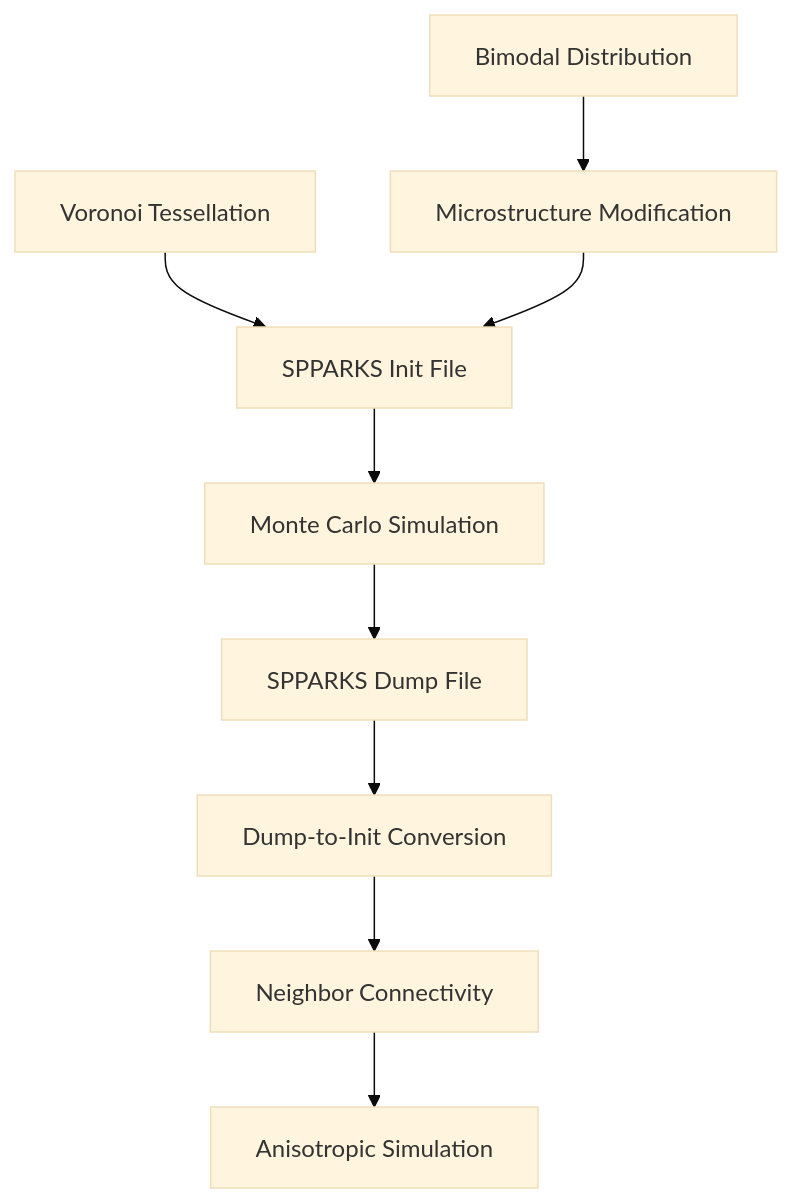
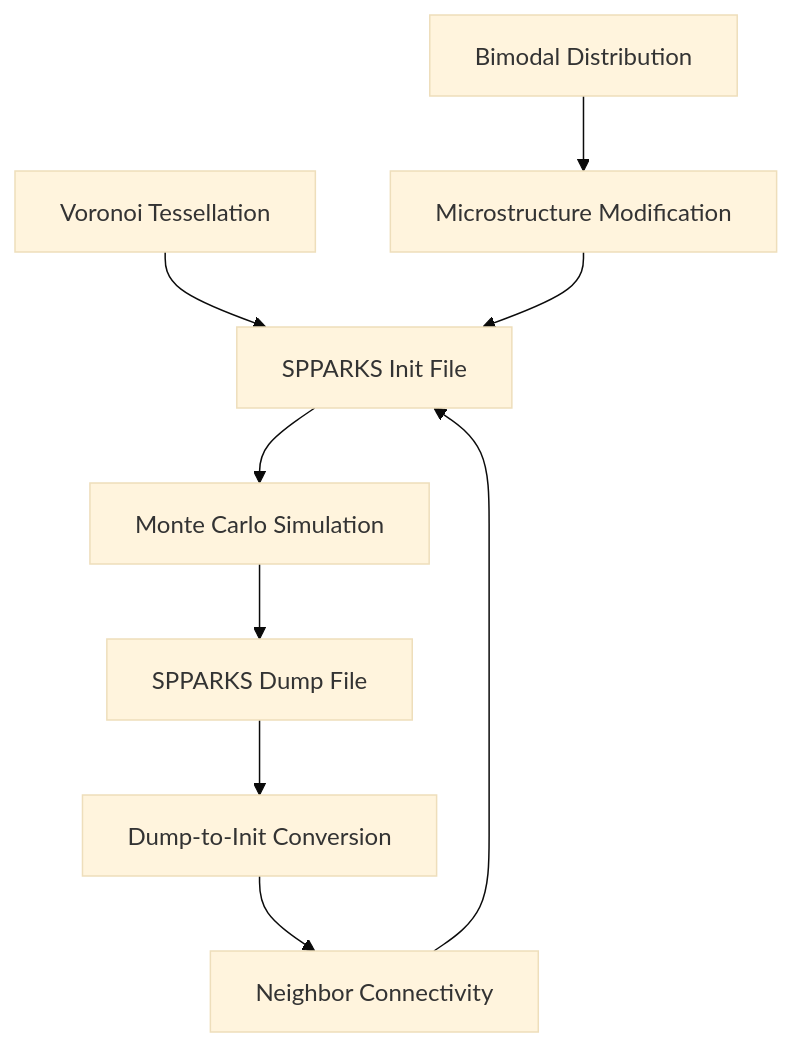
One commit to Linwitness/VECTOR changed the diagram in examples/dump_to_init/README.md. Above: the diagram before and after it, drawn with Mermaid (base theme). The commit also changed 3 other files, not shown here.

````diff
--- a/examples/dump_to_init/README.md
+++ b/examples/dump_to_init/README.md
@@ -23,12 +23,12 @@
 ```mermaid
 graph TD
     A[Voronoi Tessellation] --> B[SPPARKS Init File]
     B --> C[Monte Carlo Simulation]
     C --> D[SPPARKS Dump File]
     D --> E[Dump-to-Init Conversion]
     E --> F[Neighbor Connectivity]
-    F --> G[Anisotropic Simulation]
+    F --> B
     
     H[Microstructure Modification] --> B
     I[Bimodal Distribution] --> H
 ```
````
